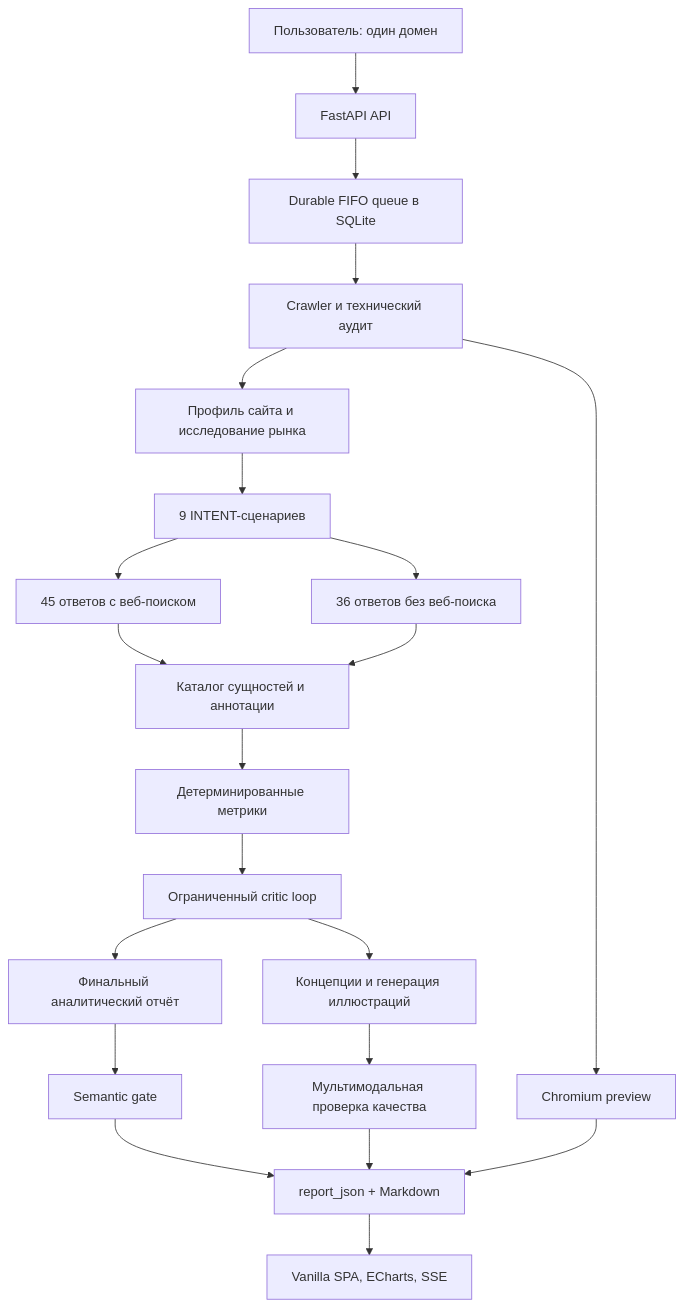
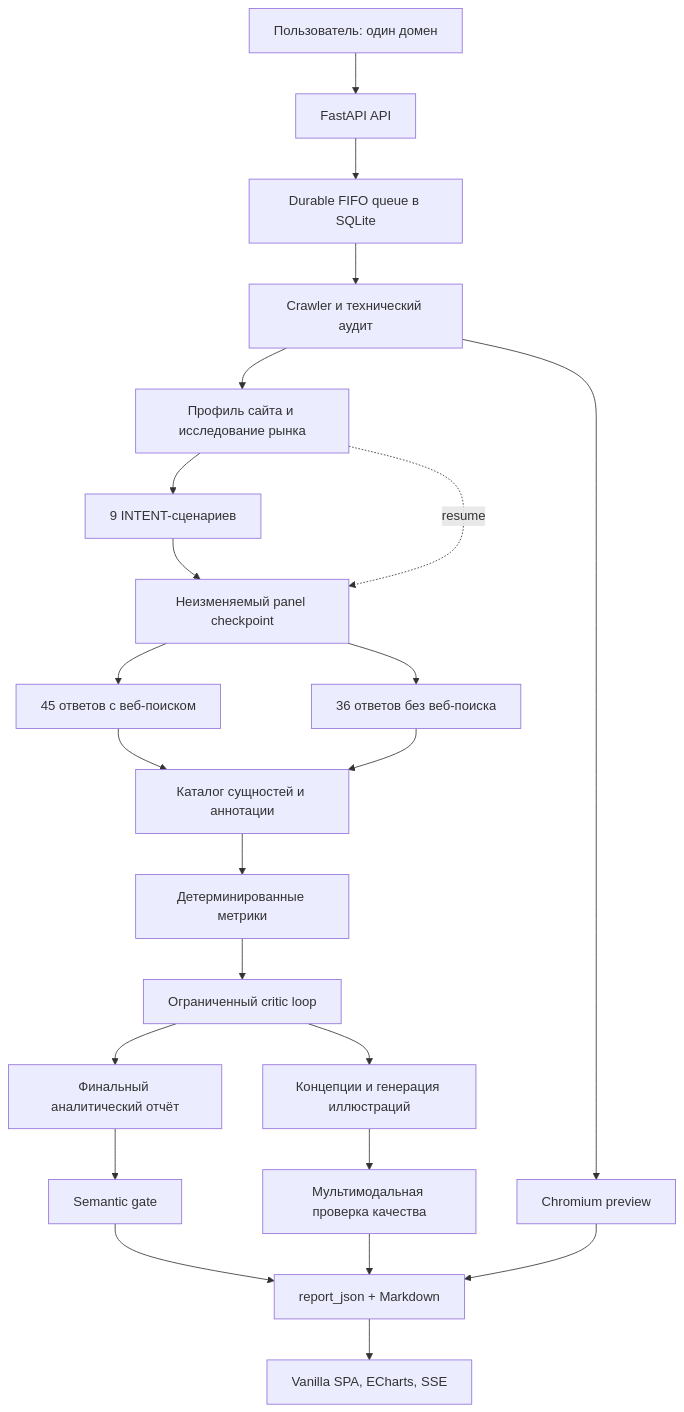
The diagram in README.md (voftik/ai-visibility-checker), drawn with Mermaid before and after one commit. The commit also changed other lines of this file and 7 other files, not shown here.

Commit message:
fix(pipeline): resume and audit panel checkpoints

````diff
--- a/README.md
+++ b/README.md
@@ -81,23 +81,25 @@
 ```mermaid
 flowchart TD
     U["Пользователь: один домен"] --> API["FastAPI API"]
     API --> Q["Durable FIFO queue в SQLite"]
     Q --> C["Crawler и технический аудит"]
     C --> P["Chromium preview"]
     C --> F["Профиль сайта и исследование рынка"]
     F --> S["9 INTENT-сценариев"]
-    S --> W["45 ответов с веб-поиском"]
-    S --> M["36 ответов без веб-поиска"]
+    S --> CP["Неизменяемый panel checkpoint"]
+    F -. resume .-> CP
+    CP --> W["45 ответов с веб-поиском"]
+    CP --> M["36 ответов без веб-поиска"]
     W --> A["Каталог сущностей и аннотации"]
     M --> A
     A --> D["Детерминированные метрики"]
     D --> K["Ограниченный critic loop"]
     K --> R["Финальный аналитический отчёт"]
     K --> I["Концепции и генерация иллюстраций"]
     R --> G["Semantic gate"]
     I --> V["Мультимодальная проверка качества"]
     G --> PUB["report_json + Markdown"]
     V --> PUB
     P --> PUB
     PUB --> SPA["Vanilla SPA, ECharts, SSE"]
 ```
````
